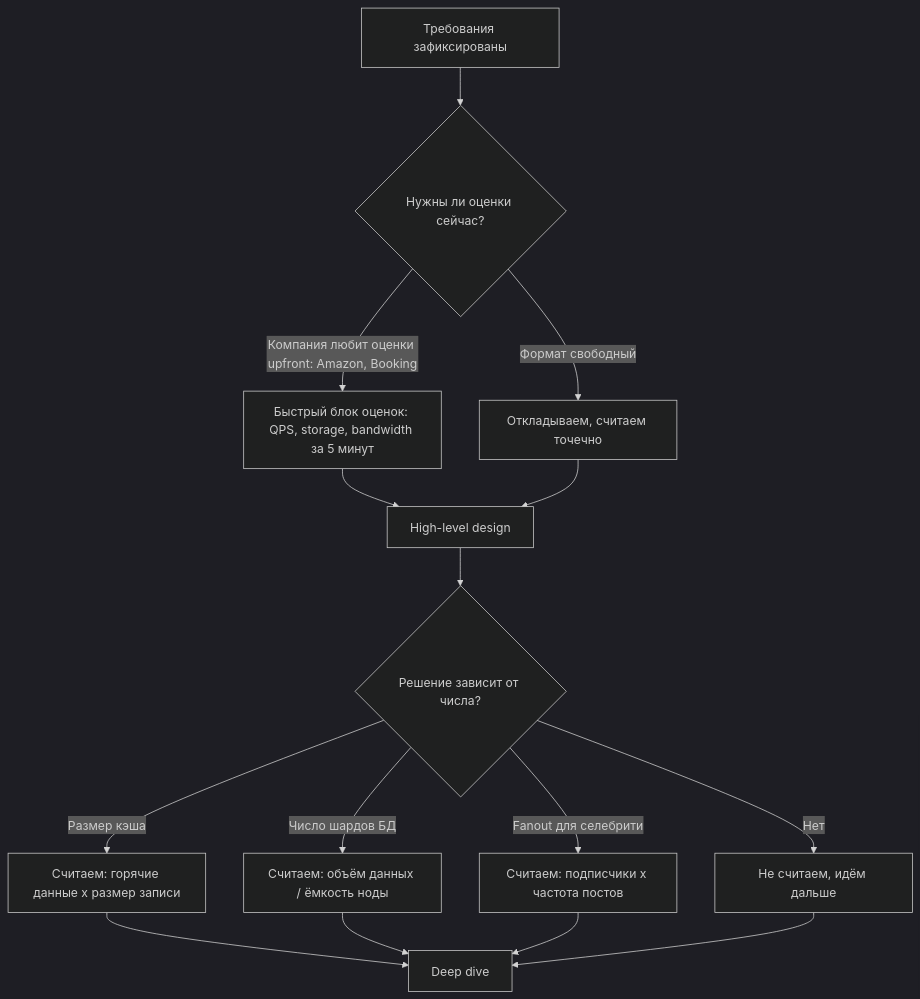
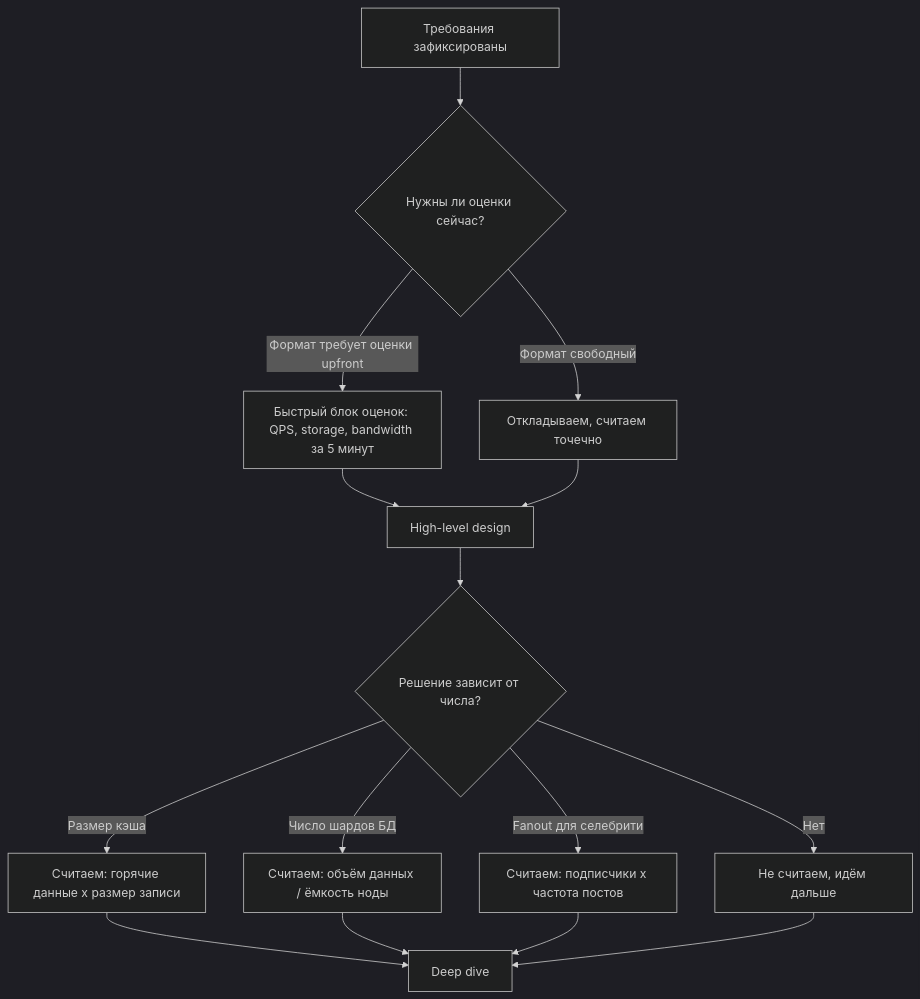
The first of 3 diagrams in 00-how-to-pass/estimation.md (AlohaJava/system-design-interview-chamkin), drawn with Mermaid (dark theme) before and after one commit. The commit also changed other lines of this file and 49 other files, not shown here.

````diff
--- a/00-how-to-pass/estimation.md
+++ b/00-how-to-pass/estimation.md
@@ -25,17 +54,17 @@
 ```mermaid
 flowchart TD
     A["Требования зафиксированы"] --> B{"Нужны ли оценки сейчас?"}
-    B -->|"Компания любит оценки upfront: Amazon, Booking"| C["Быстрый блок оценок: QPS, storage, bandwidth за 5 минут"]
+    B -->|"Формат требует оценки upfront"| C["Быстрый блок оценок: QPS, storage, bandwidth за 5 минут"]
     B -->|"Формат свободный"| D["Откладываем, считаем точечно"]
     C --> E["High-level design"]
     D --> E
     E --> F{"Решение зависит от числа?"}
     F -->|"Размер кэша"| G["Считаем: горячие данные x размер записи"]
     F -->|"Число шардов БД"| H["Считаем: объём данных / ёмкость ноды"]
     F -->|"Fanout для селебрити"| I["Считаем: подписчики x частота постов"]
     F -->|"Нет"| J["Не считаем, идём дальше"]
     G --> K["Deep dive"]
     H --> K
     I --> K
     J --> K
 ```
````
